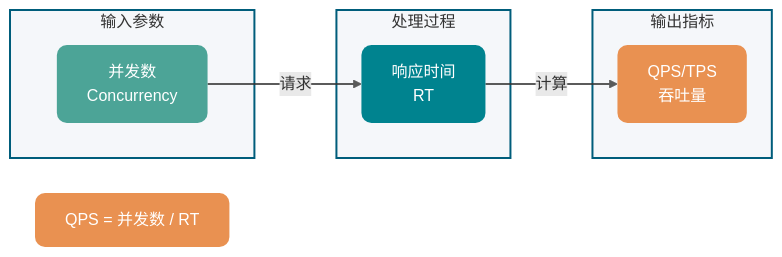
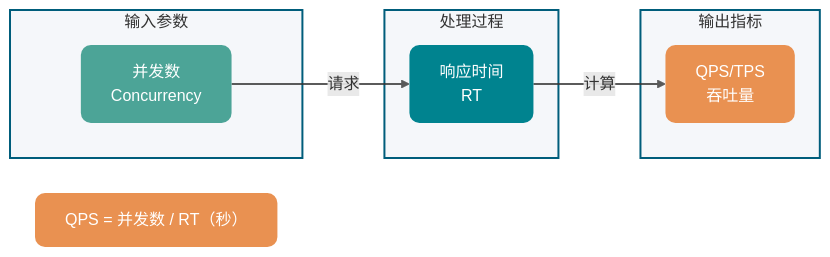
Before and after one commit to Snailclimb/JavaGuide: the first of 2 diagrams in docs/high-availability/performance-test.md, drawn with Mermaid. The commit also changed other lines of this file and 13 other files, not shown here.

Commit message:
docs: 完善 AI Agent、高可用、分布式网关等内容并新增 LLM 网关架构图

````diff
--- a/docs/high-availability/performance-test.md
+++ b/docs/high-availability/performance-test.md
@@ -72,32 +75,32 @@
 ```mermaid
 flowchart LR
     subgraph Input["输入参数"]
         style Input fill:#F5F7FA,color:#333333,stroke:#005D7B,stroke-width:2px
         A["并发数<br/>Concurrency"]
     end
 
     subgraph Process["处理过程"]
         style Process fill:#F5F7FA,color:#333333,stroke:#005D7B,stroke-width:2px
         B["响应时间<br/>RT"]
     end
 
     subgraph Output["输出指标"]
         style Output fill:#F5F7FA,color:#333333,stroke:#005D7B,stroke-width:2px
         C["QPS/TPS<br/>吞吐量"]
     end
 
     A -->|"请求"| B
     B -->|"计算"| C
 
-    D["QPS = 并发数 / RT"]
+    D["QPS = 并发数 / RT（秒）"]
 
     classDef core fill:#4CA497,color:#FFFFFF,stroke:none,rx:10,ry:10
     classDef process fill:#00838F,color:#FFFFFF,stroke:none,rx:10,ry:10
     classDef highlight fill:#E99151,color:#FFFFFF,stroke:none,rx:10,ry:10
 
     class A core
     class B process
     class C,D highlight
 
     linkStyle default stroke-width:2px,stroke:#333333,opacity:0.8
 ```
````
